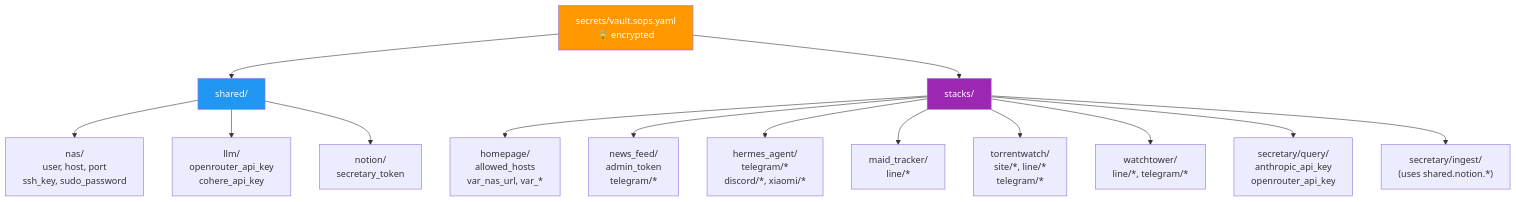
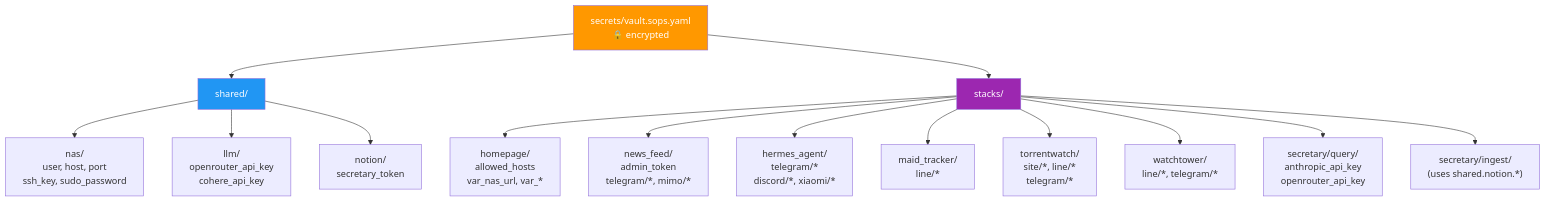
The second of 6 diagrams in secrets/README.md (FixHarDeZ/centralized-nas-container-management), drawn with Mermaid before and after one commit. The commit also changed other lines of this file and 5 other files, not shown here.

First line of the commit message:
feat(news-feed): add Xiaomi MiMo as summarizer provider

````diff
--- a/secrets/README.md
+++ b/secrets/README.md
@@ -62,24 +62,24 @@
 ```mermaid
 flowchart TD
     V["secrets/vault.sops.yaml\n🔒 encrypted"]
 
     V --> SH["shared/"]
     V --> ST["stacks/"]
 
     SH --> SHNAS["nas/\n  user, host, port\n  ssh_key, sudo_password"]
     SH --> SHLLM["llm/\n  openrouter_api_key\n  cohere_api_key"]
     SH --> SHNOTION["notion/\n  secretary_token"]
 
     ST --> STH["homepage/\n  allowed_hosts\n  var_nas_url, var_*"]
-    ST --> STNF["news_feed/\n  admin_token\n  telegram/*"]
+    ST --> STNF["news_feed/\n  admin_token\n  telegram/*, mimo/*"]
     ST --> STHA["hermes_agent/\n  telegram/*\n  discord/*, xiaomi/*"]
     ST --> STMT["maid_tracker/\n  line/*"]
     ST --> STTW["torrentwatch/\n  site/*, line/*\n  telegram/*"]
     ST --> STWT["watchtower/\n  line/*, telegram/*"]
     ST --> STSQ["secretary/query/\n  anthropic_api_key\n  openrouter_api_key"]
     ST --> STSI["secretary/ingest/\n  (uses shared.notion.*)"]
 
     style V fill:#FF9800,color:#fff
     style SH fill:#2196F3,color:#fff
     style ST fill:#9C27B0,color:#fff
 ```
````
